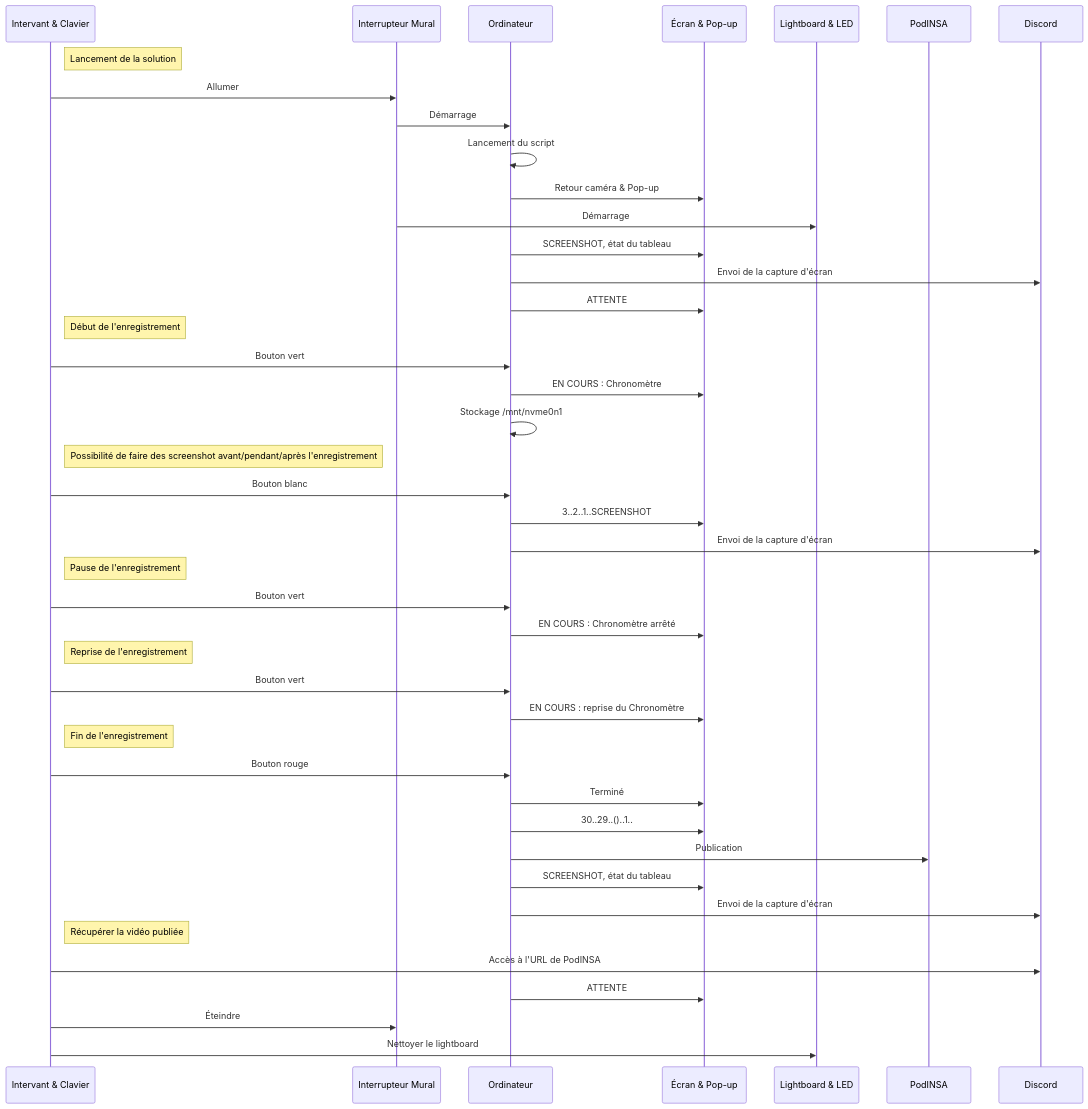
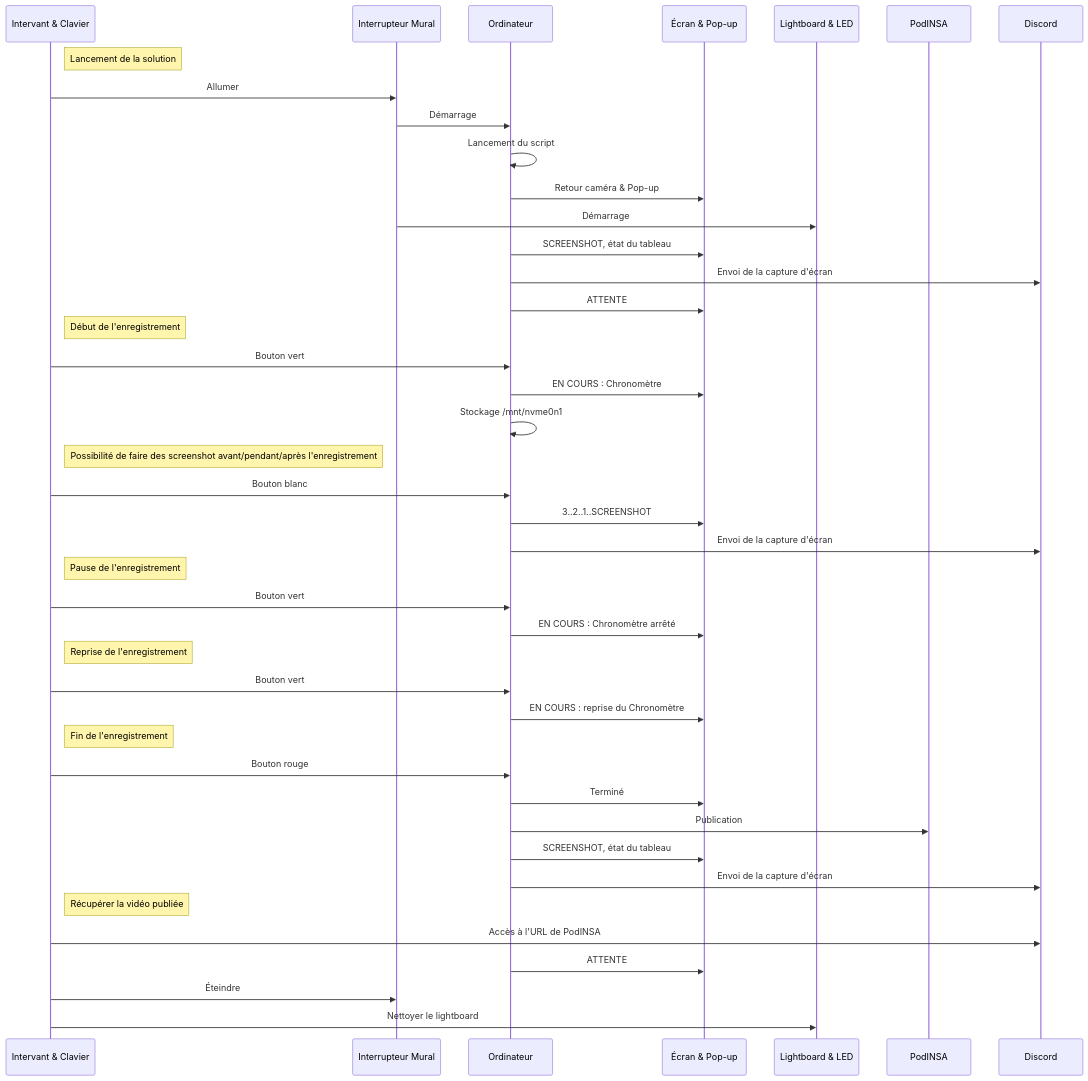
The second of 3 diagrams in README.md (Zinebhfs/SIR-Lightboard), drawn with Mermaid before and after one commit.

Commit message:
Mise à jour Utilisation diagramme

````diff
--- a/README.md
+++ b/README.md
@@ -106,60 +106,59 @@
 ```mermaid
 sequenceDiagram
     participant Intervant & Clavier
     participant Interrupteur Mural
     participant Ordinateur
     participant Écran & Pop-up
     participant Lightboard & LED
     participant PodINSA
     participant Discord
 
     Note right of Intervant & Clavier: Lancement de la solution
 
     Intervant & Clavier ->> Interrupteur Mural: Allumer
     Interrupteur Mural ->> Ordinateur: Démarrage
     Ordinateur ->> Ordinateur: Lancement du script
     Ordinateur ->> Écran & Pop-up: Retour caméra & Pop-up
     Interrupteur Mural ->> Lightboard & LED: Démarrage
     Ordinateur ->> Écran & Pop-up: SCREENSHOT, état du tableau
     Ordinateur ->> Discord: Envoi de la capture d'écran
     Ordinateur ->> Écran & Pop-up: ATTENTE
 
     Note right of Intervant & Clavier: Début de l'enregistrement
 
     Intervant & Clavier ->> Ordinateur: Bouton vert
     Ordinateur ->> Écran & Pop-up: EN COURS : Chronomètre
     Ordinateur ->> Ordinateur: Stockage /mnt/nvme0n1
 
     Note right of Intervant & Clavier: Possibilité de faire des screenshot avant/pendant/après l'enregistrement
 
     Intervant & Clavier ->> Ordinateur: Bouton blanc
     Ordinateur ->> Écran & Pop-up: 3..2..1..SCREENSHOT
     Ordinateur ->> Discord: Envoi de la capture d'écran
 
     Note right of Intervant & Clavier: Pause de l'enregistrement
 
     Intervant & Clavier ->> Ordinateur: Bouton vert
     Ordinateur ->> Écran & Pop-up: EN COURS : Chronomètre arrêté
 
     Note right of Intervant & Clavier: Reprise de l'enregistrement
 
     Intervant & Clavier ->> Ordinateur: Bouton vert
     Ordinateur ->> Écran & Pop-up: EN COURS : reprise du Chronomètre
 
     Note right of Intervant & Clavier: Fin de l'enregistrement
 
     Intervant & Clavier ->> Ordinateur: Bouton rouge
     Ordinateur ->> Écran & Pop-up: Terminé
-    Ordinateur ->> Écran & Pop-up: 30..29..()..1..
     Ordinateur ->> PodINSA: Publication
     Ordinateur ->> Écran & Pop-up: SCREENSHOT, état du tableau
     Ordinateur ->> Discord: Envoi de la capture d'écran
 
     Note right of Intervant & Clavier: Récupérer la vidéo publiée
 
     Intervant & Clavier ->> Discord: Accès à l'URL de PodINSA
     Ordinateur ->> Écran & Pop-up: ATTENTE
 
     Intervant & Clavier ->> Interrupteur Mural: Éteindre
     Intervant & Clavier ->> Lightboard & LED: Nettoyer le lightboard
 ```
````
